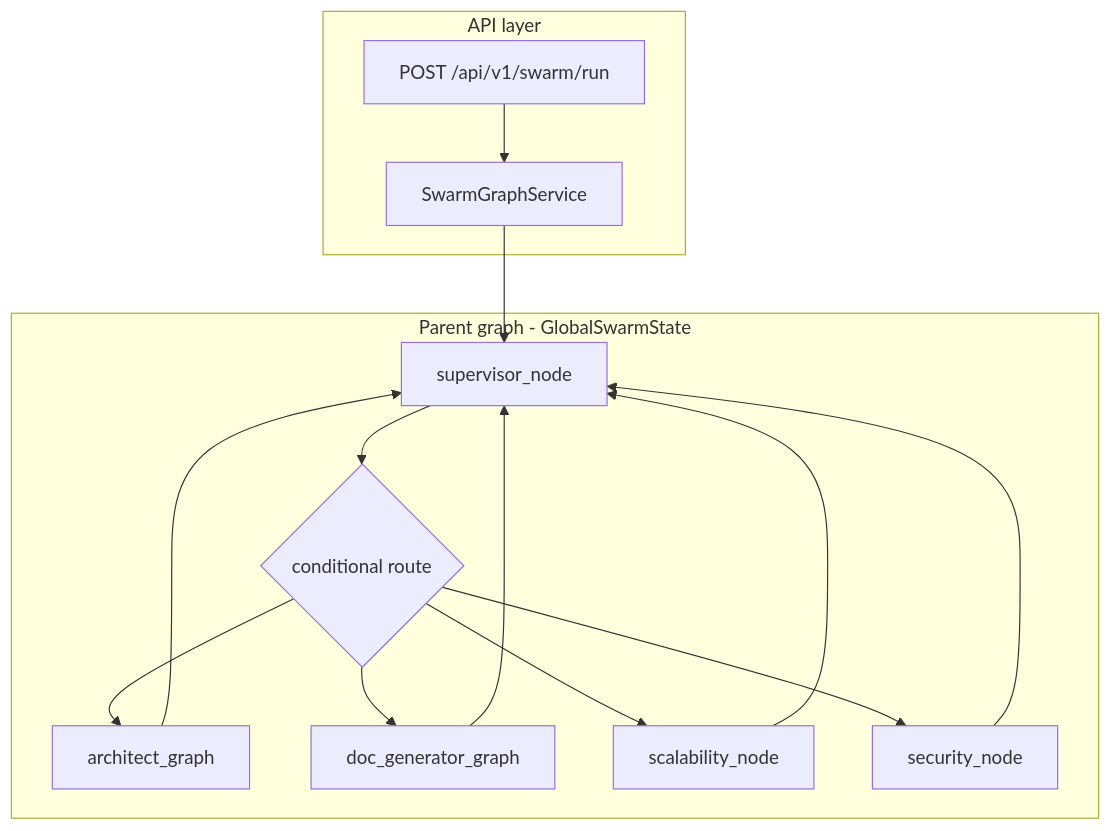
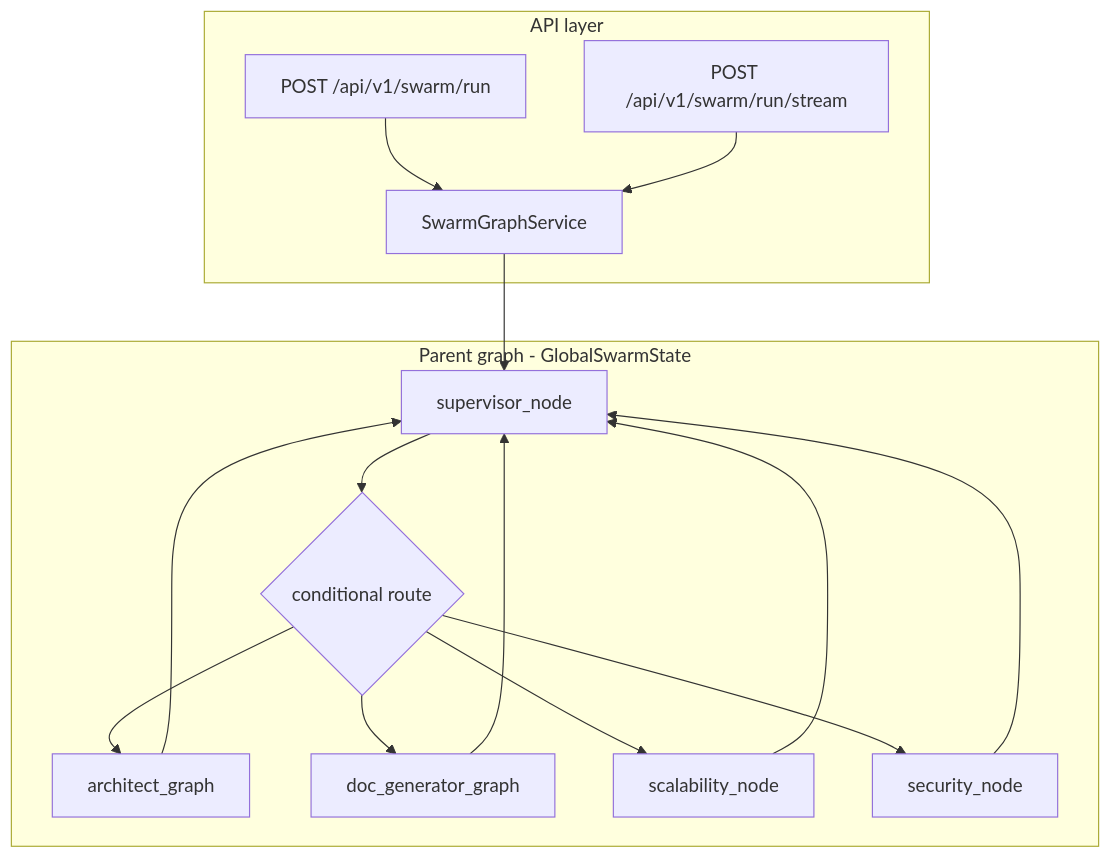
One commit to ahsanfarooq210/ai-saas-genius changed the first of 2 diagrams in ai-backend/docs/current/how-the-swarm-graph-works.md. Above: the diagram before and after it, drawn with Mermaid. The commit also changed other lines of this file and 11 other files, not shown here.

First line of the commit message:
Implement live streaming for swarm graph progress with event normalization

````diff
--- a/ai-backend/docs/current/how-the-swarm-graph-works.md
+++ b/ai-backend/docs/current/how-the-swarm-graph-works.md
@@ -26,26 +26,28 @@
 ```mermaid
 flowchart TB
   subgraph api [API layer]
     EP["POST /api/v1/swarm/run"]
+    STREAM["POST /api/v1/swarm/run/stream"]
     SVC[SwarmGraphService]
   end
   subgraph parent [Parent graph - GlobalSwarmState]
     SUP[supervisor_node]
     ROUTE{conditional route}
     ARCH[architect_graph]
     DOC[doc_generator_graph]
     SCALE[scalability_node]
     SEC[security_node]
   end
   EP --> SVC
+  STREAM --> SVC
   SVC --> SUP
   SUP --> ROUTE
   ROUTE --> ARCH
   ROUTE --> DOC
   ROUTE --> SCALE
   ROUTE --> SEC
   ARCH --> SUP
   DOC --> SUP
   SCALE --> SUP
   SEC --> SUP
 ```
````
